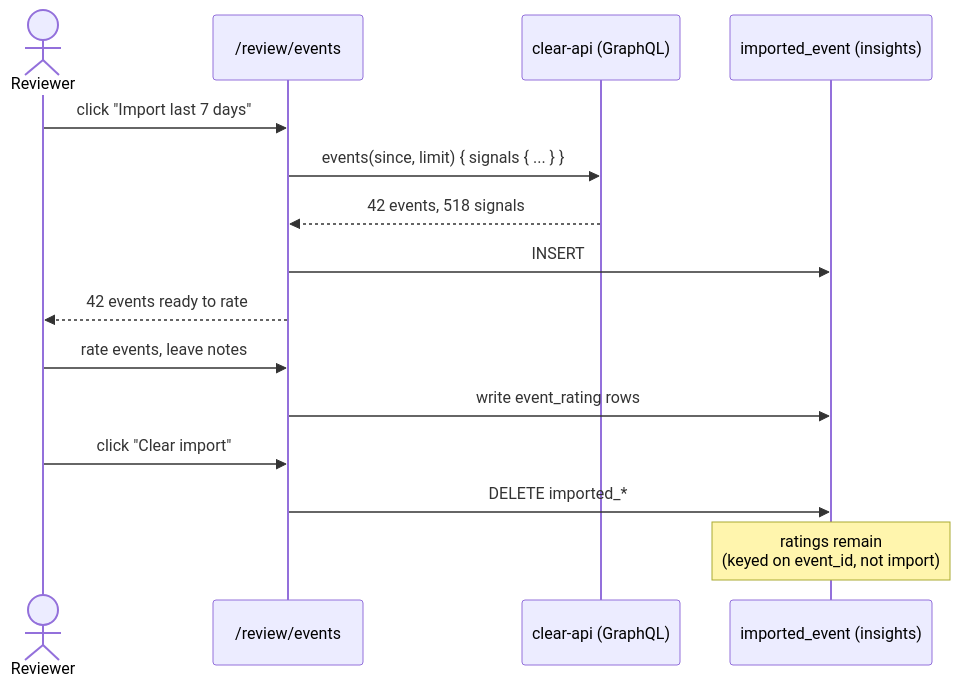
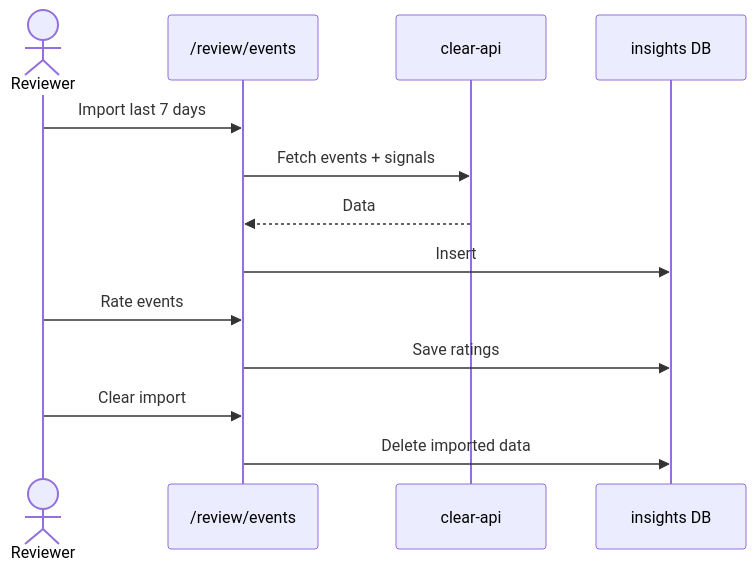
One commit to CLEAR-Initiative/clear-pipeline-insights changed the third of 3 diagrams in docs/review-strategy.md. Above: the diagram before and after it, drawn with Mermaid. The commit also changed other lines of this file, not shown here.

First line of the commit message:
docs: revise review strategy — reframe around pipeline step-functions, add clear-pipeline, rename to local-classifier

````diff
--- a/docs/review-strategy.md
+++ b/docs/review-strategy.md
@@ -93,20 +130,18 @@
 ```mermaid
 sequenceDiagram
     actor R as Reviewer
     participant UI as /review/events
-    participant CA as clear-api (GraphQL)
-    participant IE as imported_event (insights)
+    participant CA as clear-api
+    participant IE as insights DB
 
-    R->>UI: click "Import last 7 days"
-    UI->>CA: events(since, limit) { signals { ... } }
-    CA-->>UI: 42 events, 518 signals
-    UI->>IE: INSERT
-    UI-->>R: 42 events ready to rate
+    R->>UI: Import last 7 days
+    UI->>CA: Fetch events + signals
+    CA-->>UI: Data
+    UI->>IE: Insert
 
-    R->>UI: rate events, leave notes
-    UI->>IE: write event_rating rows
+    R->>UI: Rate events
+    UI->>IE: Save ratings
 
-    R->>UI: click "Clear import"
-    UI->>IE: DELETE imported_*
-    Note over IE: ratings remain<br/>(keyed on event_id, not import)
+    R->>UI: Clear import
+    UI->>IE: Delete imported data
 ```
````
